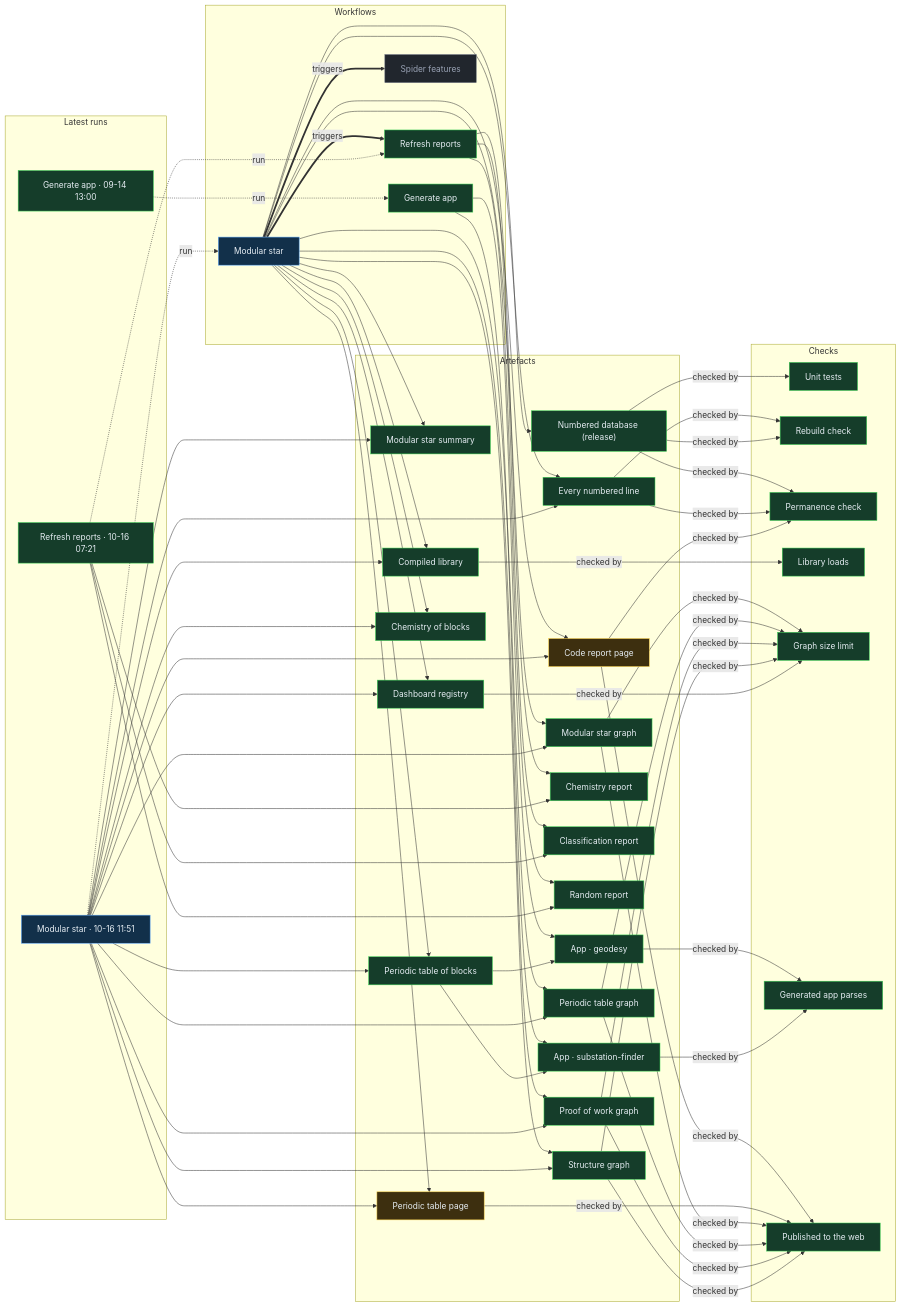
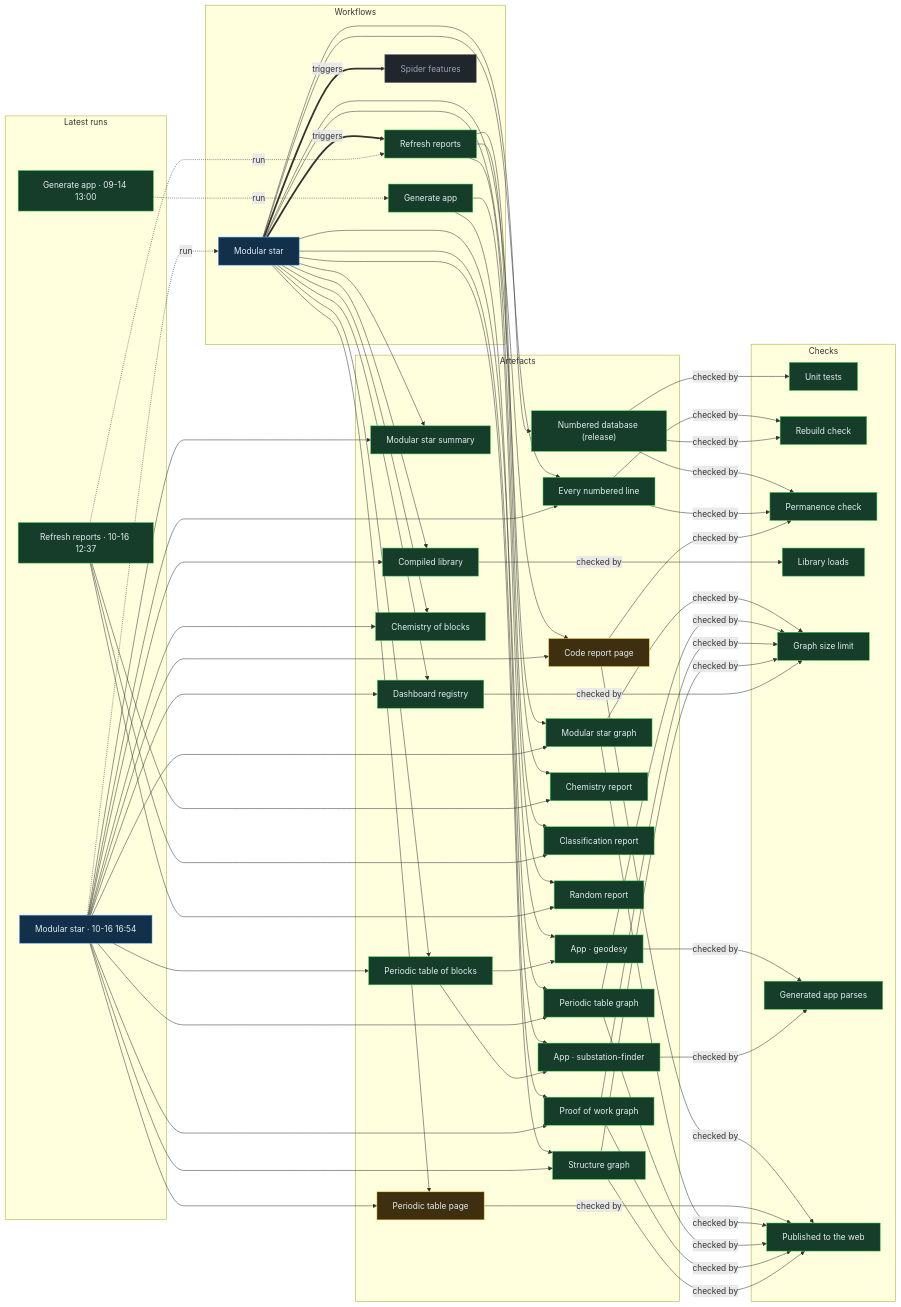
One commit to Ventusltd/stars changed the diagram in proof/PROOF.md. Above: the diagram before and after it, drawn with Mermaid. The commit also changed other lines of this file and 44 other files, not shown here.

Commit message:
Modular star 2026-10-16T16:57Z

```diff
--- a/proof/PROOF.md
+++ b/proof/PROOF.md
@@ -24,8 +24,8 @@
   n_wf_spider_features["Spider features"]:::off
   end
   subgraph g_runs["Latest runs"]
-  n_run_38896595770["Modular star · 10-16 11:51"]:::live
-  n_run_38866685930["Refresh reports · 10-16 07:21"]:::ok
+  n_run_38935609050["Modular star · 10-16 16:54"]:::live
+  n_run_38901792994["Refresh reports · 10-16 12:37"]:::ok
   n_run_34846587798["Generate app · 09-14 13:00"]:::ok
   end
   subgraph g_artefacts["Artefacts"]
@@ -59,39 +59,39 @@
   end
   n_wf_modular_star == triggers ==> n_wf_refresh
   n_wf_modular_star == triggers ==> n_wf_spider_features
-  n_run_38896595770 -. run .-> n_wf_modular_star
-  n_run_38866685930 -. run .-> n_wf_refresh
+  n_run_38935609050 -. run .-> n_wf_modular_star
+  n_run_38901792994 -. run .-> n_wf_refresh
   n_run_34846587798 -. run .-> n_wf_generate
   n_wf_modular_star --> n_art_summary
-  n_run_38896595770 --> n_art_summary
+  n_run_38935609050 --> n_art_summary
   n_wf_modular_star --> n_art_lines
-  n_run_38896595770 --> n_art_lines
+  n_run_38935609050 --> n_art_lines
   n_wf_modular_star --> n_art_code
-  n_run_38896595770 --> n_art_code
+  n_run_38935609050 --> n_art_code
   n_wf_modular_star --> n_art_modular_graph
-  n_run_38896595770 --> n_art_modular_graph
+  n_run_38935609050 --> n_art_modular_graph
   n_wf_modular_star --> n_art_blocks
-  n_run_38896595770 --> n_art_blocks
+  n_run_38935609050 --> n_art_blocks
   n_wf_modular_star --> n_art_table
-  n_run_38896595770 --> n_art_table
+  n_run_38935609050 --> n_art_table
   n_wf_modular_star --> n_art_blocks_graph
-  n_run_38896595770 --> n_art_blocks_graph
+  n_run_38935609050 --> n_art_blocks_graph
   n_wf_modular_star --> n_art_reactions
-  n_run_38896595770 --> n_art_reactions
+  n_run_38935609050 --> n_art_reactions
   n_wf_modular_star --> n_art_library
-  n_run_38896595770 --> n_art_library
+  n_run_38935609050 --> n_art_library
   n_wf_modular_star --> n_art_features
-  n_run_38896595770 --> n_art_features
+  n_run_38935609050 --> n_art_features
   n_wf_modular_star --> n_art_proof
-  n_run_38896595770 --> n_art_proof
+  n_run_38935609050 --> n_art_proof
   n_wf_modular_star --> n_art_structure
-  n_run_38896595770 --> n_art_structure
+  n_run_38935609050 --> n_art_structure
   n_wf_refresh --> n_art_chemistry
-  n_run_38866685930 --> n_art_chemistry
+  n_run_38901792994 --> n_art_chemistry
   n_wf_refresh --> n_art_vedic
-  n_run_38866685930 --> n_art_vedic
+  n_run_38901792994 --> n_art_vedic
   n_wf_refresh --> n_art_random
-  n_run_38866685930 --> n_art_random
+  n_run_38901792994 --> n_art_random
   n_wf_modular_star --> n_art_release
   n_wf_generate --> n_app_geodesy
   n_art_blocks --> n_app_geodesy
```
